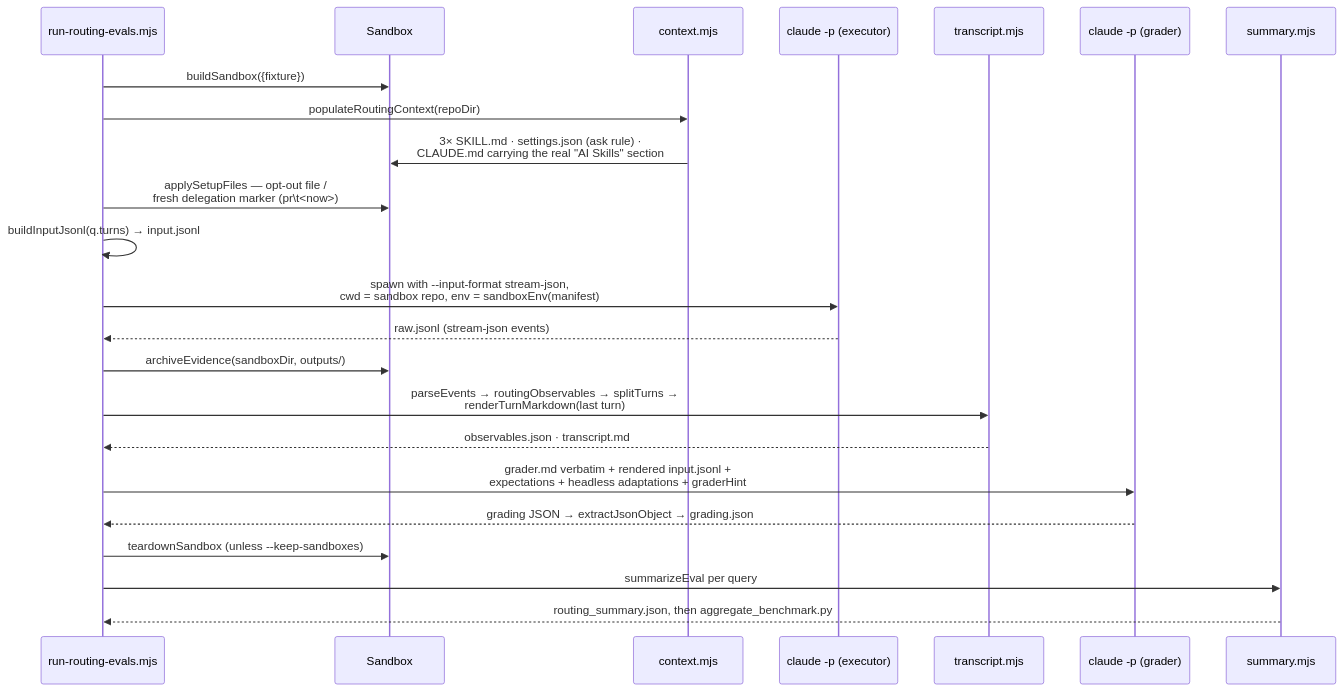
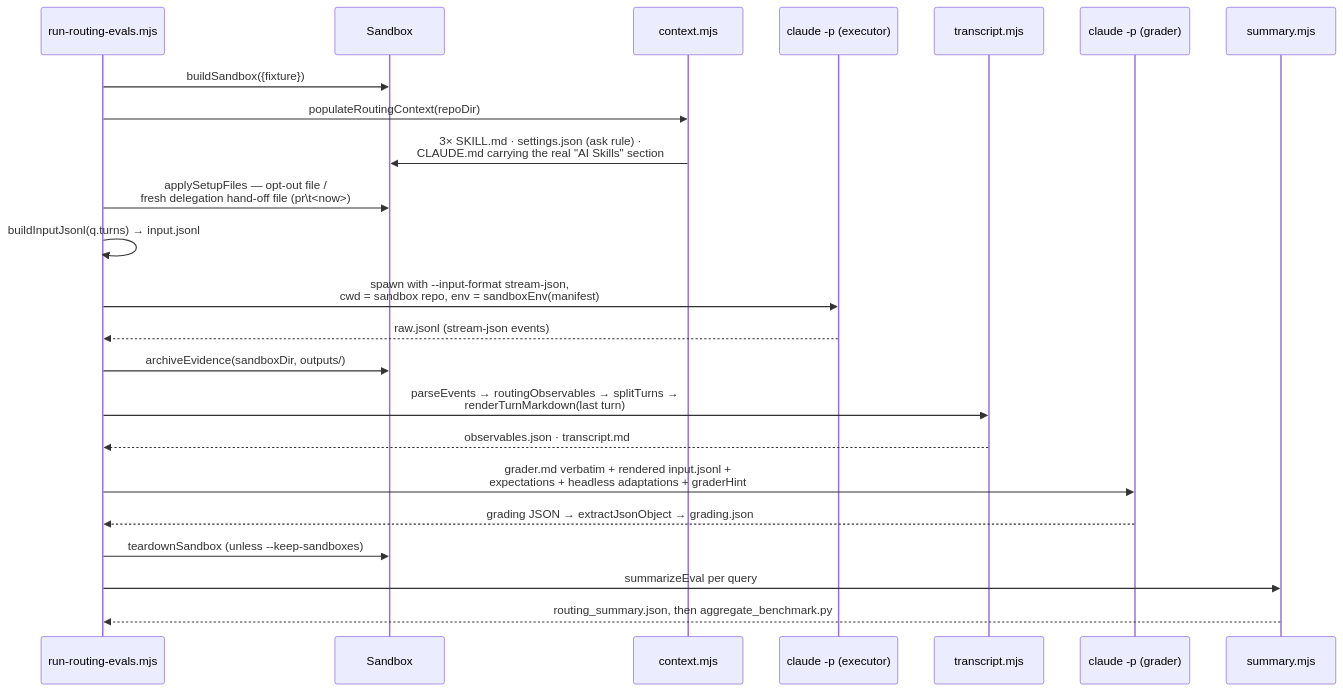
The third of 3 diagrams in docs/design-skill-evals-harness.md (Intentional-Society/is-app), drawn with Mermaid before and after one commit. The commit also changed other lines of this file, not shown here.

````diff
--- a/docs/design-skill-evals-harness.md
+++ b/docs/design-skill-evals-harness.md
@@ -441,26 +734,26 @@
 ```mermaid
 sequenceDiagram
   participant R as run-routing-evals.mjs
   participant SB as Sandbox
   participant C as context.mjs
   participant E as claude -p (executor)
   participant T as transcript.mjs
   participant GR as claude -p (grader)
   participant S as summary.mjs
 
   R->>SB: buildSandbox({fixture})
   R->>C: populateRoutingContext(repoDir)
   C->>SB: 3× SKILL.md · settings.json (ask rule) ·<br/>CLAUDE.md carrying the real "AI Skills" section
-  R->>SB: applySetupFiles — opt-out file /<br/>fresh delegation marker (pr\t<now>)
+  R->>SB: applySetupFiles — opt-out file /<br/>fresh delegation hand-off file (pr\t<now>)
   R->>R: buildInputJsonl(q.turns) → input.jsonl
   R->>E: spawn with --input-format stream-json,<br/>cwd = sandbox repo, env = sandboxEnv(manifest)
   E-->>R: raw.jsonl (stream-json events)
   R->>SB: archiveEvidence(sandboxDir, outputs/)
   R->>T: parseEvents → routingObservables → splitTurns →<br/>renderTurnMarkdown(last turn)
   T-->>R: observables.json · transcript.md
   R->>GR: grader.md verbatim + rendered input.jsonl +<br/>expectations + headless adaptations + graderHint
   GR-->>R: grading JSON → extractJsonObject → grading.json
   R->>SB: teardownSandbox (unless --keep-sandboxes)
   R->>S: summarizeEval per query
   S-->>R: routing_summary.json, then aggregate_benchmark.py
 ```
````
